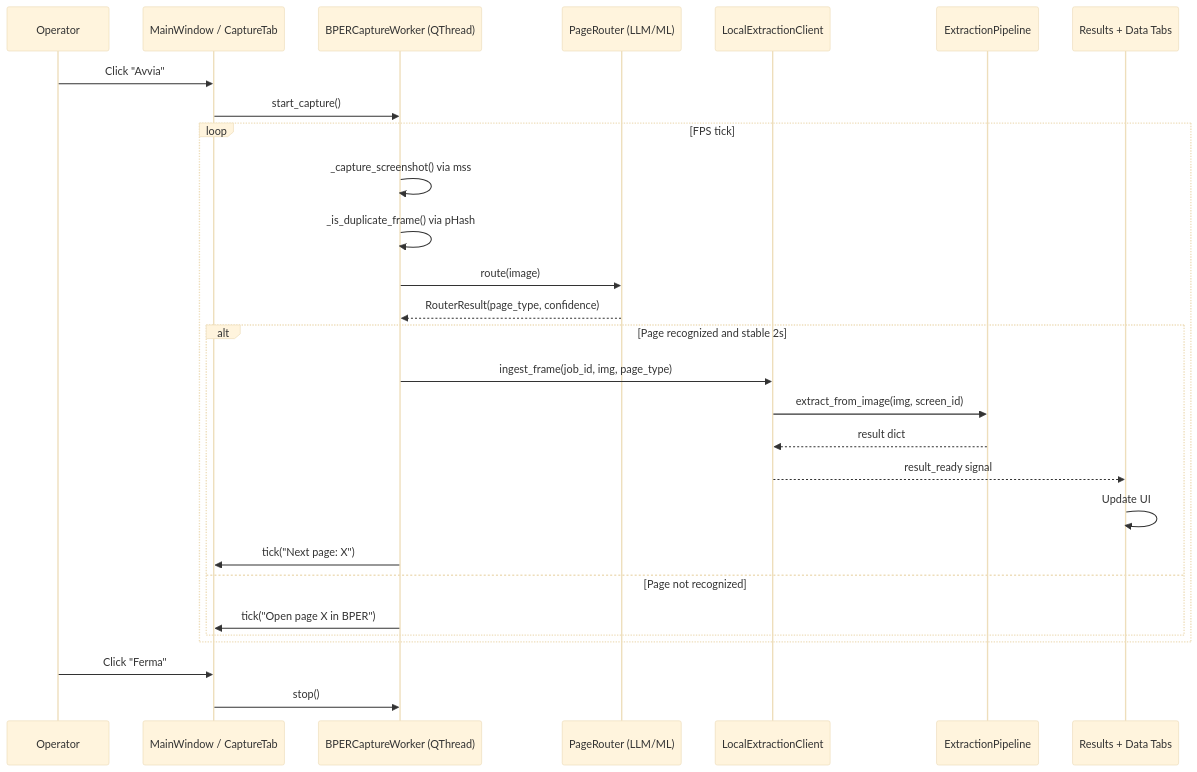
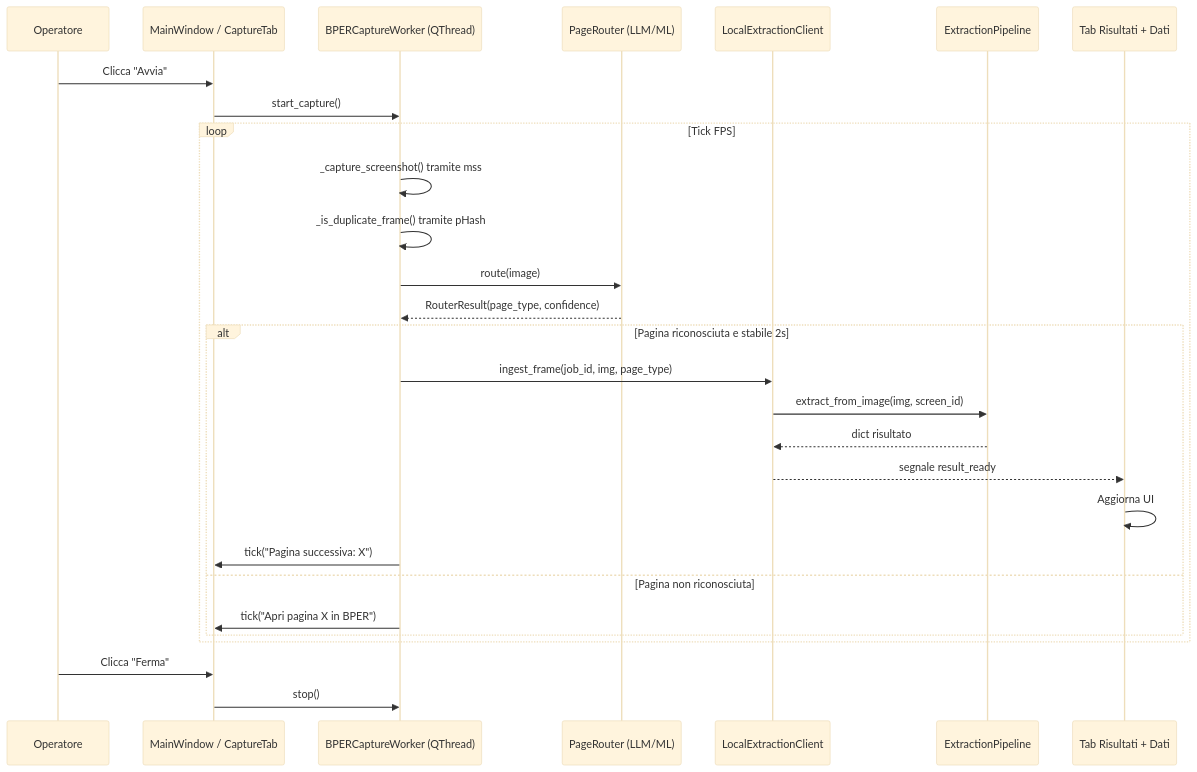
The sixth of 7 diagrams in docs-alfio/05-workflows.md (acaprino/MOL-BPER-OCR), drawn with Mermaid (base theme) before and after one commit. The commit also changed other lines of this file and 13 other files, not shown here.

````diff
--- a/docs-alfio/05-workflows.md
+++ b/docs-alfio/05-workflows.md
@@ -260,31 +260,31 @@
 ```mermaid
 sequenceDiagram
-    participant Op as Operator
+    participant Op as Operatore
     participant UI as MainWindow / CaptureTab
     participant CW as BPERCaptureWorker (QThread)
     participant Router as PageRouter (LLM/ML)
     participant LEC as LocalExtractionClient
     participant EP as ExtractionPipeline
-    participant Tabs as Results + Data Tabs
+    participant Tabs as Tab Risultati + Dati
 
-    Op->>UI: Click "Avvia"
+    Op->>UI: Clicca "Avvia"
     UI->>CW: start_capture()
-    loop FPS tick
-        CW->>CW: _capture_screenshot() via mss
-        CW->>CW: _is_duplicate_frame() via pHash
+    loop Tick FPS
+        CW->>CW: _capture_screenshot() tramite mss
+        CW->>CW: _is_duplicate_frame() tramite pHash
         CW->>Router: route(image)
         Router-->>CW: RouterResult(page_type, confidence)
-        alt Page recognized and stable 2s
+        alt Pagina riconosciuta e stabile 2s
             CW->>LEC: ingest_frame(job_id, img, page_type)
             LEC->>EP: extract_from_image(img, screen_id)
-            EP-->>LEC: result dict
-            LEC-->>Tabs: result_ready signal
-            Tabs->>Tabs: Update UI
-            CW->>UI: tick("Next page: X")
-        else Page not recognized
-            CW->>UI: tick("Open page X in BPER")
+            EP-->>LEC: dict risultato
+            LEC-->>Tabs: segnale result_ready
+            Tabs->>Tabs: Aggiorna UI
+            CW->>UI: tick("Pagina successiva: X")
+        else Pagina non riconosciuta
+            CW->>UI: tick("Apri pagina X in BPER")
         end
     end
-    Op->>UI: Click "Ferma"
+    Op->>UI: Clicca "Ferma"
     UI->>CW: stop()
 ```
````
